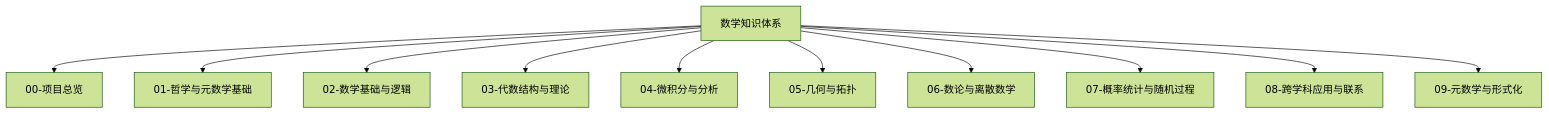
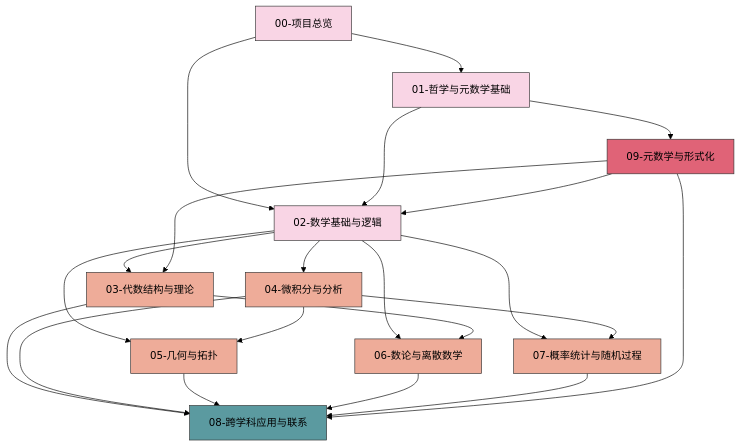
One commit to AdaMartin18010/Mathematics changed the diagram in Math/Refactor/00-项目总览/00-数学知识体系重构总览.md. Above: the diagram before and after it, drawn with Mermaid (forest theme). The commit also changed other lines of this file and 22 other files, not shown here.

````diff
--- a/Math/Refactor/00-项目总览/00-数学知识体系重构总览.md
+++ b/Math/Refactor/00-项目总览/00-数学知识体系重构总览.md
@@ -17,13 +69,41 @@
 ```mermaid
 graph TD
-    A[数学知识体系] --> B[00-项目总览]
-    A --> C[01-哲学与元数学基础]
-    A --> D[02-数学基础与逻辑]
-    A --> E[03-代数结构与理论]
-    A --> F[04-微积分与分析]
-    A --> G[05-几何与拓扑]
-    A --> H[06-数论与离散数学]
-    A --> I[07-概率统计与随机过程]
-    A --> J[08-跨学科应用与联系]
-    A --> K[09-元数学与形式化]
+    classDef core fill:#f9d5e5,stroke:#333,stroke-width:1px;
+    classDef primary fill:#eeac99,stroke:#333,stroke-width:1px;
+    classDef secondary fill:#e06377,stroke:#333,stroke-width:1px;
+    classDef application fill:#5b9aa0,stroke:#333,stroke-width:1px;
+    
+    M0[00-项目总览] --> M1[01-哲学与元数学基础]
+    M0 --> M2[02-数学基础与逻辑]
+    
+    M1 --> M2
+    M1 --> M9[09-元数学与形式化]
+    
+    M2 --> M3[03-代数结构与理论]
+    M2 --> M4[04-微积分与分析]
+    M2 --> M5[05-几何与拓扑]
+    M2 --> M6[06-数论与离散数学]
+    M2 --> M7[07-概率统计与随机过程]
+    
+    M3 --> M6
+    M3 --> M8[08-跨学科应用与联系]
+    
+    M4 --> M5
+    M4 --> M7
+    M4 --> M8
+    
+    M5 --> M8
+    
+    M6 --> M8
+    
+    M7 --> M8
+    
+    M9 --> M2
+    M9 --> M3
+    M9 --> M8
+    
+    class M0,M1,M2 core;
+    class M3,M4,M5,M6,M7 primary;
+    class M9 secondary;
+    class M8 application;
 ```
````
